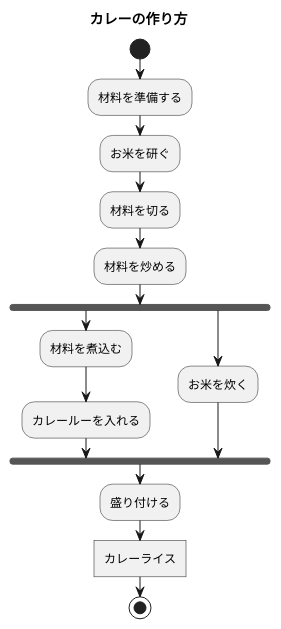
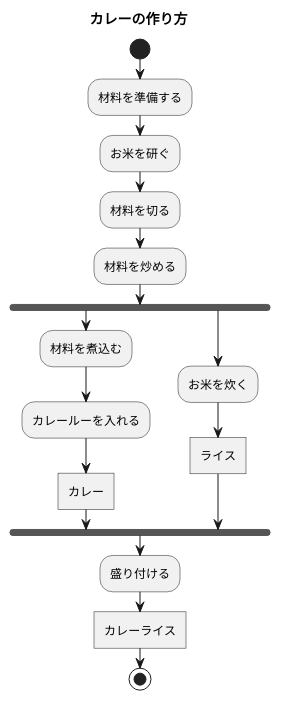
The diagram in 7章練習_ACカレーライス.pu (hatakeyama12/uml-intro), drawn with PlantUML before and after one commit.

Commit message:
カレーとライスを追加

```diff
--- a/7章練習_ACカレーライス.pu
+++ b/7章練習_ACカレーライス.pu
@@ -1,18 +1,20 @@
 @startuml 7章練習
 title カレーの作り方
 start
 :材料を準備する;
 :お米を研ぐ;
 :材料を切る;
 :材料を炒める;
 fork
 :材料を煮込む;
 :カレールーを入れる;
+:カレー]
 fork again
 :お米を炊く;
+:ライス]
 end fork
 :盛り付ける;
 :カレーライス]
 stop
 
 @enduml
```
